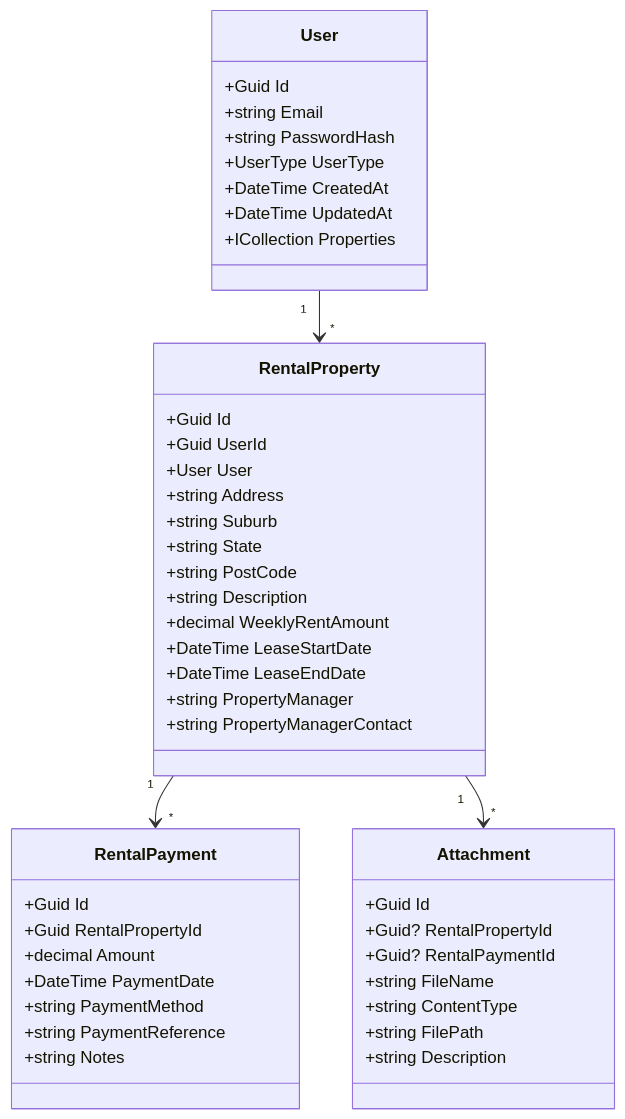
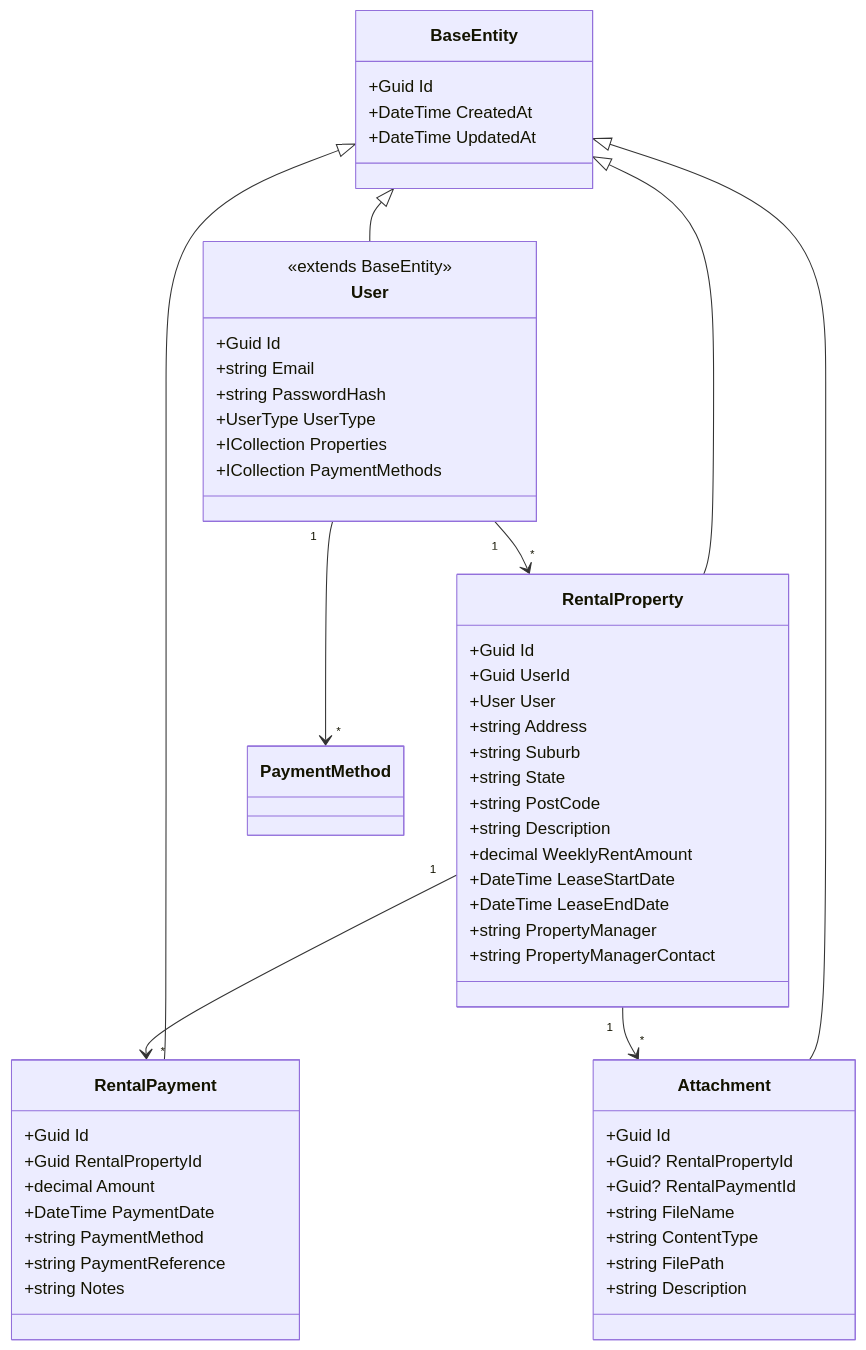
The third of 8 diagrams in README.md (rohanmarathe567-code/RentTracker), drawn with Mermaid before and after one commit. The commit also changed other lines of this file, not shown here.

````diff
--- a/README.md
+++ b/README.md
@@ -261,48 +271,58 @@
 ```mermaid
 classDiagram
+    class BaseEntity {
+        +Guid Id
+        +DateTime CreatedAt
+        +DateTime UpdatedAt
+    }
     class User {
+        <<extends BaseEntity>>
         +Guid Id
         +string Email
         +string PasswordHash
         +UserType UserType
-        +DateTime CreatedAt
-        +DateTime UpdatedAt
         +ICollection<RentalProperty> Properties
+        +ICollection<PaymentMethod> PaymentMethods
     }
     class RentalProperty {
         +Guid Id
         +Guid UserId
         +User User
         +string Address
         +string Suburb
         +string State
         +string PostCode
         +string Description
         +decimal WeeklyRentAmount
         +DateTime LeaseStartDate
         +DateTime LeaseEndDate
         +string PropertyManager
         +string PropertyManagerContact
     }
     class RentalPayment {
         +Guid Id
         +Guid RentalPropertyId
         +decimal Amount
         +DateTime PaymentDate
         +string PaymentMethod
         +string PaymentReference
         +string Notes
     }
     class Attachment {
         +Guid Id
         +Guid? RentalPropertyId
         +Guid? RentalPaymentId
         +string FileName
         +string ContentType
         +string FilePath
         +string Description
     }
+    BaseEntity <|-- User
+    BaseEntity <|-- RentalProperty
+    BaseEntity <|-- RentalPayment
+    BaseEntity <|-- Attachment
     User "1" --> "*" RentalProperty
+    User "1" --> "*" PaymentMethod
     RentalProperty "1" --> "*" RentalPayment
     RentalProperty "1" --> "*" Attachment
 ```
````
